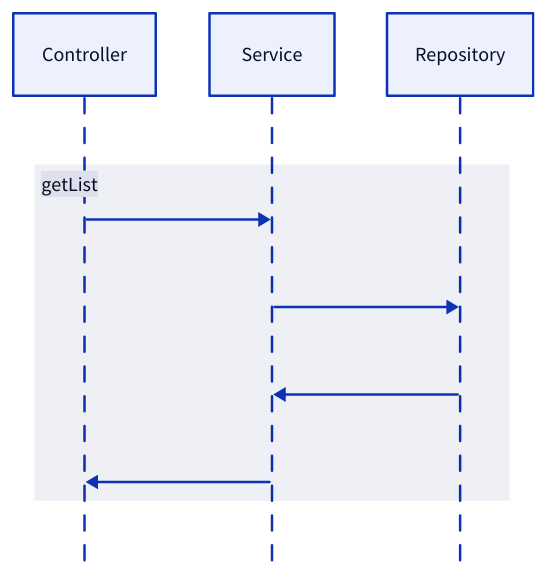
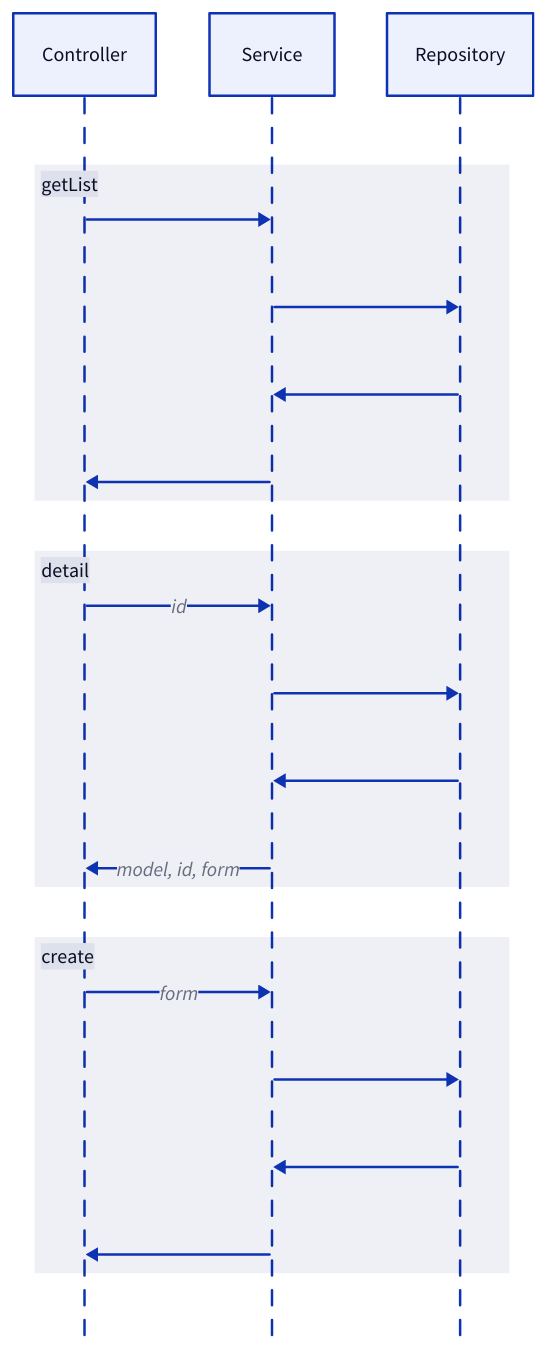
Before and after one commit to soljeong/blog: the diagram in squence.d2, drawn with D2. The commit also changed 10 other files, not shown here.

```diff
--- a/squence.d2
+++ b/squence.d2
@@ -1,11 +1,25 @@
 shape: sequence_diagram
 con: Controller
 ser: Service
 rep: Repository
 
 getList: {
   con -> ser
   ser -> rep
   rep -> ser
   ser -> con
 }
+
+detail: {
+  con -> ser : id
+  ser -> rep
+  rep -> ser
+  ser -> con : model, id, form
+}
+
+create: {
+  con -> ser : form
+  ser -> rep
+  rep -> ser
+  ser -> con
+}
```
